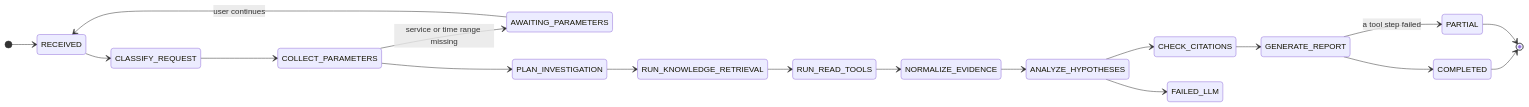
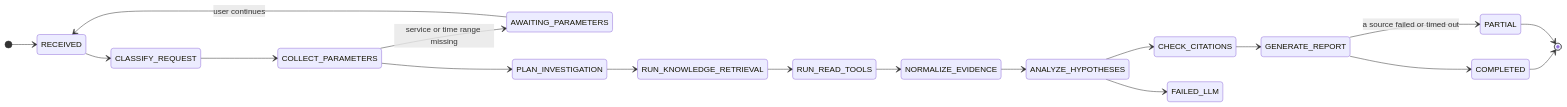
Before and after one commit to aryaansethi/opspilot: the third of 3 diagrams in README.md, drawn with Mermaid. The commit also changed other lines of this file and 4 other files, not shown here.

````diff
--- a/README.md
+++ b/README.md
@@ -76,21 +266,21 @@
 ```mermaid
 stateDiagram-v2
   direction LR
   [*] --> RECEIVED
   RECEIVED --> CLASSIFY_REQUEST
   CLASSIFY_REQUEST --> COLLECT_PARAMETERS
   COLLECT_PARAMETERS --> AWAITING_PARAMETERS: service or time range missing
   AWAITING_PARAMETERS --> RECEIVED: user continues
   COLLECT_PARAMETERS --> PLAN_INVESTIGATION
   PLAN_INVESTIGATION --> RUN_KNOWLEDGE_RETRIEVAL
   RUN_KNOWLEDGE_RETRIEVAL --> RUN_READ_TOOLS
   RUN_READ_TOOLS --> NORMALIZE_EVIDENCE
   NORMALIZE_EVIDENCE --> ANALYZE_HYPOTHESES
   ANALYZE_HYPOTHESES --> CHECK_CITATIONS
   CHECK_CITATIONS --> GENERATE_REPORT
   GENERATE_REPORT --> COMPLETED
-  GENERATE_REPORT --> PARTIAL: a tool step failed
+  GENERATE_REPORT --> PARTIAL: a source failed or timed out
   ANALYZE_HYPOTHESES --> FAILED_LLM
   COMPLETED --> [*]
   PARTIAL --> [*]
 ```
````
